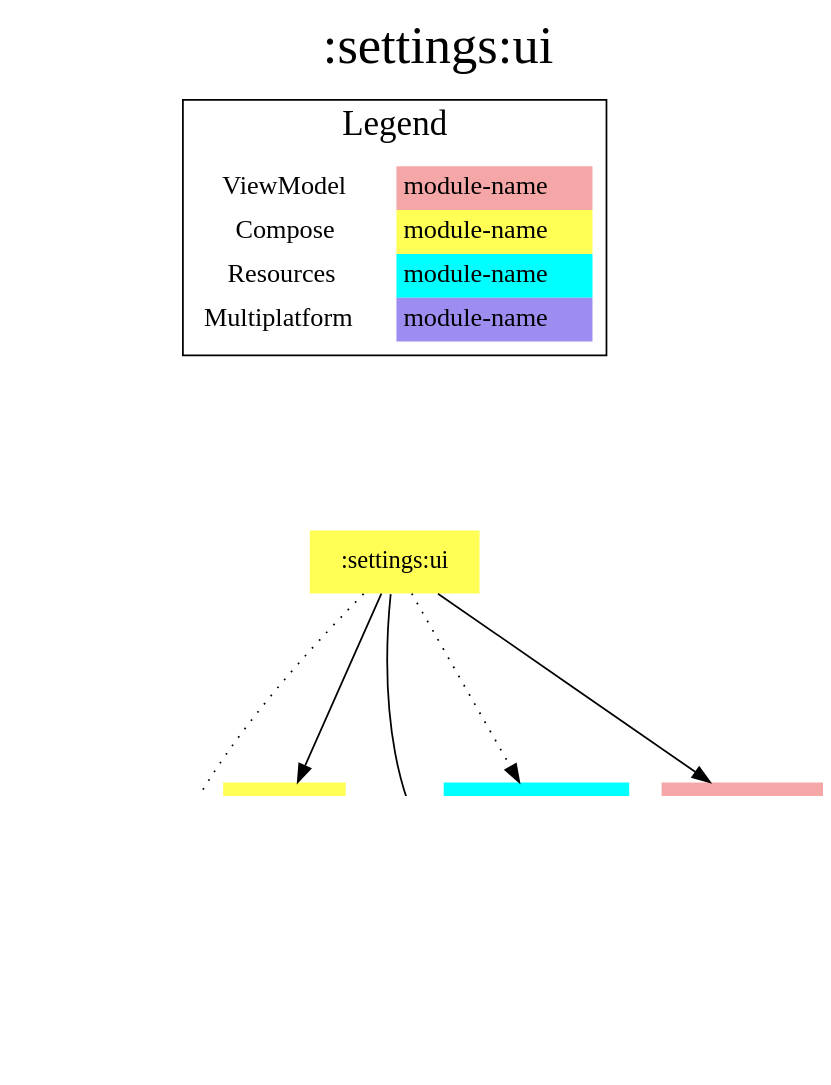
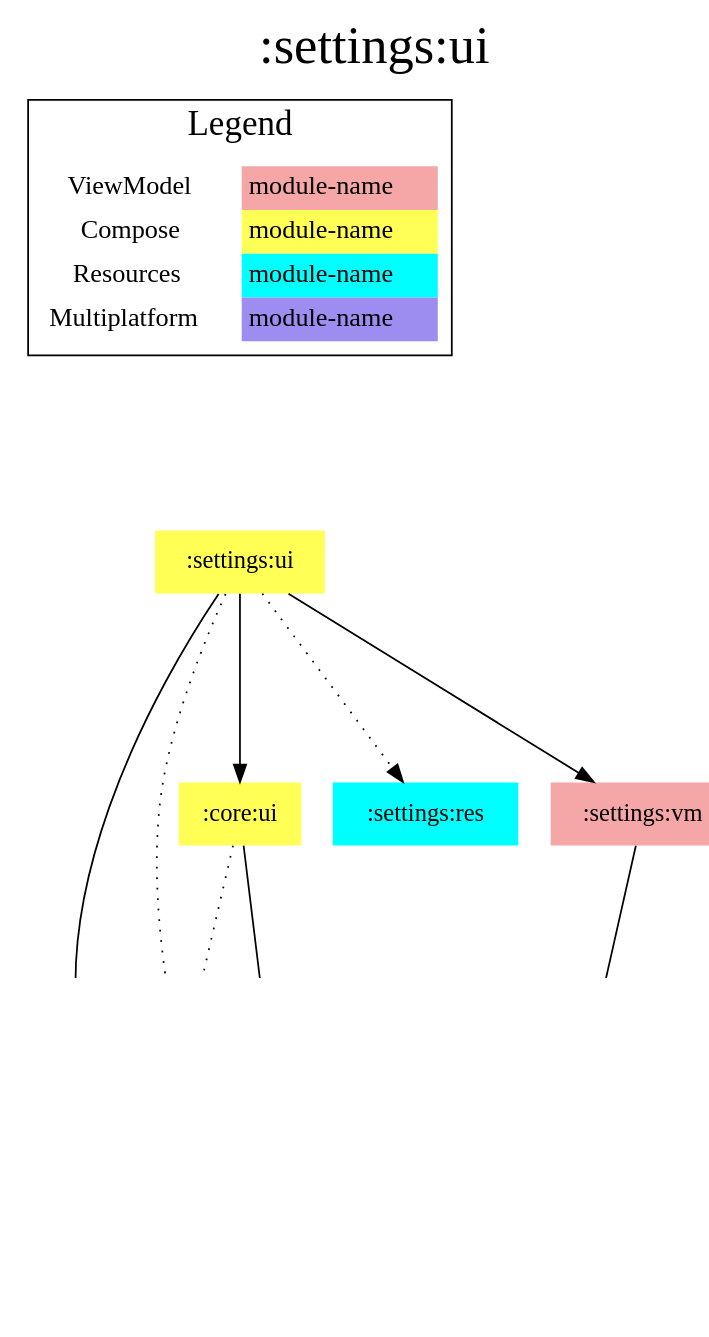
One commit to jonapoul/aktual changed the diagram in modules/settings/ui/modules.dot. Above: the diagram before and after it, drawn with Graphviz. The commit also changed 184 other files, not shown here.

```diff
--- a/modules/settings/ui/modules.dot
+++ b/modules/settings/ui/modules.dot
@@ -1,39 +1,39 @@
 digraph {
 edge ["dir"="forward"]
 graph ["dpi"="100","label"=":settings:ui","labelloc"="t","fontsize"="30","ranksep"="1.5","rankdir"="TB"]
 node ["style"="filled"]
-":core:colorscheme" ["fillcolor"="#9D8DF1","shape"="none"]
+":account:model" ["fillcolor"="#9D8DF1","shape"="none"]
+":core:model" ["fillcolor"="#9D8DF1","shape"="none"]
 ":core:res" ["fillcolor"="#00FFFF","shape"="none"]
 ":core:ui" ["fillcolor"="#FFFF55","shape"="none"]
-":core:versions" ["fillcolor"="#9D8DF1","shape"="none"]
+":prefs" ["fillcolor"="#9D8DF1","shape"="none"]
 ":settings:res" ["fillcolor"="#00FFFF","shape"="none"]
 ":settings:ui" ["fillcolor"="#FFFF55","shape"="none"]
 ":settings:vm" ["fillcolor"="#F5A6A6","shape"="none"]
-":url:model" ["fillcolor"="#9D8DF1","shape"="none"]
 {
 edge ["dir"="none"]
 graph ["rank"="same"]
 }
-":core:ui" -> ":core:colorscheme"
+":core:ui" -> ":core:model"
 ":core:ui" -> ":core:res" ["style"="dotted"]
-":core:ui" -> ":core:versions"
-":core:ui" -> ":url:model"
-":settings:ui" -> ":core:colorscheme"
+":prefs" -> ":account:model"
+":prefs" -> ":core:model"
+":settings:ui" -> ":core:model"
 ":settings:ui" -> ":core:res" ["style"="dotted"]
 ":settings:ui" -> ":core:ui"
 ":settings:ui" -> ":settings:res" ["style"="dotted"]
 ":settings:ui" -> ":settings:vm"
-":settings:vm" -> ":core:colorscheme"
+":settings:vm" -> ":prefs"
 subgraph "cluster_legend" {
 edge ["dir"="none"]
 graph ["label"="Legend","fontsize"="20"]
 "Legend" ["style"="filled","fillcolor"="#FFFFFF","shape"="none","margin"="0","fontsize"="15","label"=<
 <TABLE BORDER="0" CELLBORDER="0" CELLSPACING="0" CELLPADDING="4">
 <TR><TD>ViewModel</TD><TD BGCOLOR="#F5A6A6">module-name</TD></TR>
 <TR><TD>Compose</TD><TD BGCOLOR="#FFFF55">module-name</TD></TR>
 <TR><TD>Resources</TD><TD BGCOLOR="#00FFFF">module-name</TD></TR>
 <TR><TD>Multiplatform</TD><TD BGCOLOR="#9D8DF1">module-name</TD></TR>
 </TABLE>
 >]
 } -> ":settings:ui" ["style"="invis"]
 }
```
